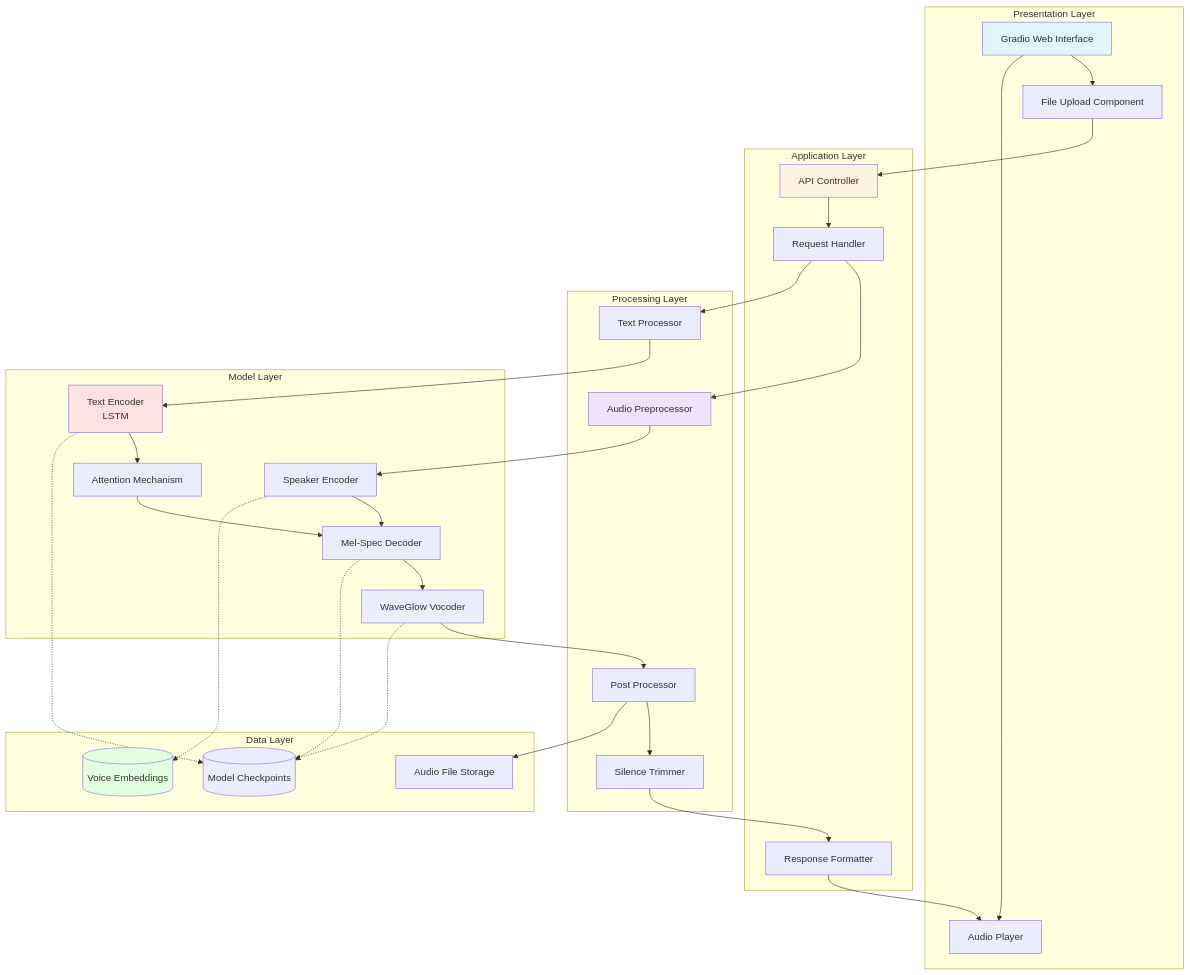
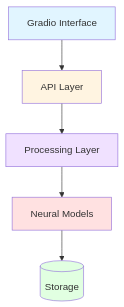
One commit to hvardhan1024/testrepo changed the first of 11 diagrams in README.md. Above: the diagram before and after it, drawn with Mermaid. The commit also changed other lines of this file, not shown here.

First line of the commit message:
Revise architecture diagrams and descriptions in README

````diff
--- a/README.md
+++ b/README.md
@@ -17,64 +17,13 @@
 ```mermaid
 graph TB
-    subgraph "Presentation Layer"
-        UI[Gradio Web Interface]
-        Upload[File Upload Component]
-        Player[Audio Player]
-    end
-    
-    subgraph "Application Layer"
-        API[API Controller]
-        ReqHandler[Request Handler]
-        RespFormatter[Response Formatter]
-    end
-    
-    subgraph "Processing Layer"
-        AudioProc[Audio Preprocessor]
-        TextProc[Text Processor]
-        PostProc[Post Processor]
-        Silence[Silence Trimmer]
-    end
-    
-    subgraph "Model Layer"
-        Encoder[Text Encoder<br/>LSTM]
-        Attention[Attention Mechanism]
-        Decoder[Mel-Spec Decoder]
-        Vocoder[WaveGlow Vocoder]
-        SpkEnc[Speaker Encoder]
-    end
-    
-    subgraph "Data Layer"
-        VoiceDB[(Voice Embeddings)]
-        Models[(Model Checkpoints)]
-        AudioFS[Audio File Storage]
-    end
-    
-    UI --> Upload
-    UI --> Player
-    Upload --> API
-    API --> ReqHandler
-    ReqHandler --> AudioProc
-    ReqHandler --> TextProc
-    AudioProc --> SpkEnc
-    TextProc --> Encoder
-    Encoder --> Attention
-    Attention --> Decoder
-    SpkEnc --> Decoder
-    Decoder --> Vocoder
-    Vocoder --> PostProc
-    PostProc --> Silence
-    Silence --> RespFormatter
-    RespFormatter --> Player
-    
-    SpkEnc -.-> VoiceDB
-    Encoder -.-> Models
-    Decoder -.-> Models
-    Vocoder -.-> Models
-    PostProc --> AudioFS
+    UI[Gradio Interface] --> API[API Layer]
+    API --> Process[Processing Layer]
+    Process --> Model[Neural Models]
+    Model --> Storage[(Storage)]
     
     style UI fill:#e1f5ff
     style API fill:#fff4e1
-    style AudioProc fill:#f0e1ff
-    style Encoder fill:#ffe1e1
-    style VoiceDB fill:#e1ffe1
+    style Process fill:#f0e1ff
+    style Model fill:#ffe1e1
+    style Storage fill:#e1ffe1
 ```
````
